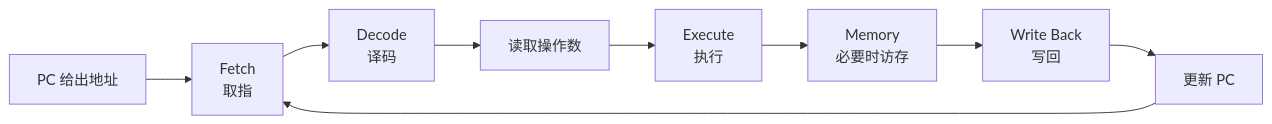
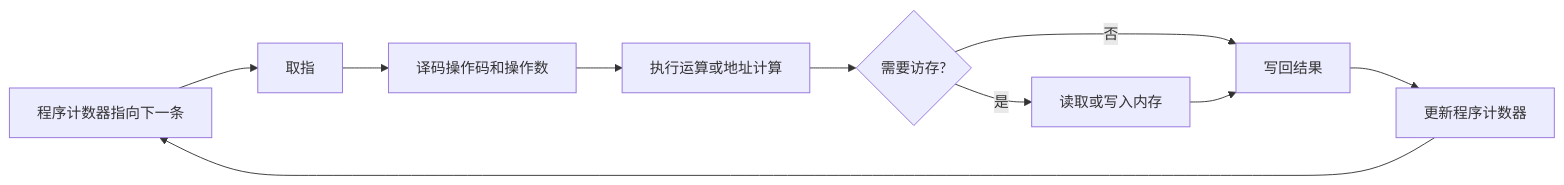
One commit to ranxi2001/zero2Leetcode changed the second of 2 diagrams in 05_interview/fundamentals/cs-core/computer-organization/01-data-and-instructions/index.md. Above: the diagram before and after it, drawn with Mermaid. The commit also changed other lines of this file and 38 other files, not shown here.

````diff
--- a/05_interview/fundamentals/cs-core/computer-organization/01-data-and-instructions/index.md
+++ b/05_interview/fundamentals/cs-core/computer-organization/01-data-and-instructions/index.md
@@ -195,11 +91,12 @@
 ```mermaid
 flowchart LR
-    A["PC 给出地址"] --> B["Fetch<br>取指"]
-    B --> C["Decode<br>译码"]
-    C --> D["读取操作数"]
-    D --> E["Execute<br>执行"]
-    E --> F["Memory<br>必要时访存"]
-    F --> G["Write Back<br>写回"]
-    G --> H["更新 PC"]
-    H --> B
+    A[程序计数器指向下一条] --> B[取指]
+    B --> C[译码操作码和操作数]
+    C --> D[执行运算或地址计算]
+    D --> E{需要访存?}
+    E -->|是| F[读取或写入内存]
+    E -->|否| G[写回结果]
+    F --> G
+    G --> H[更新程序计数器]
+    H --> A
 ```
````
